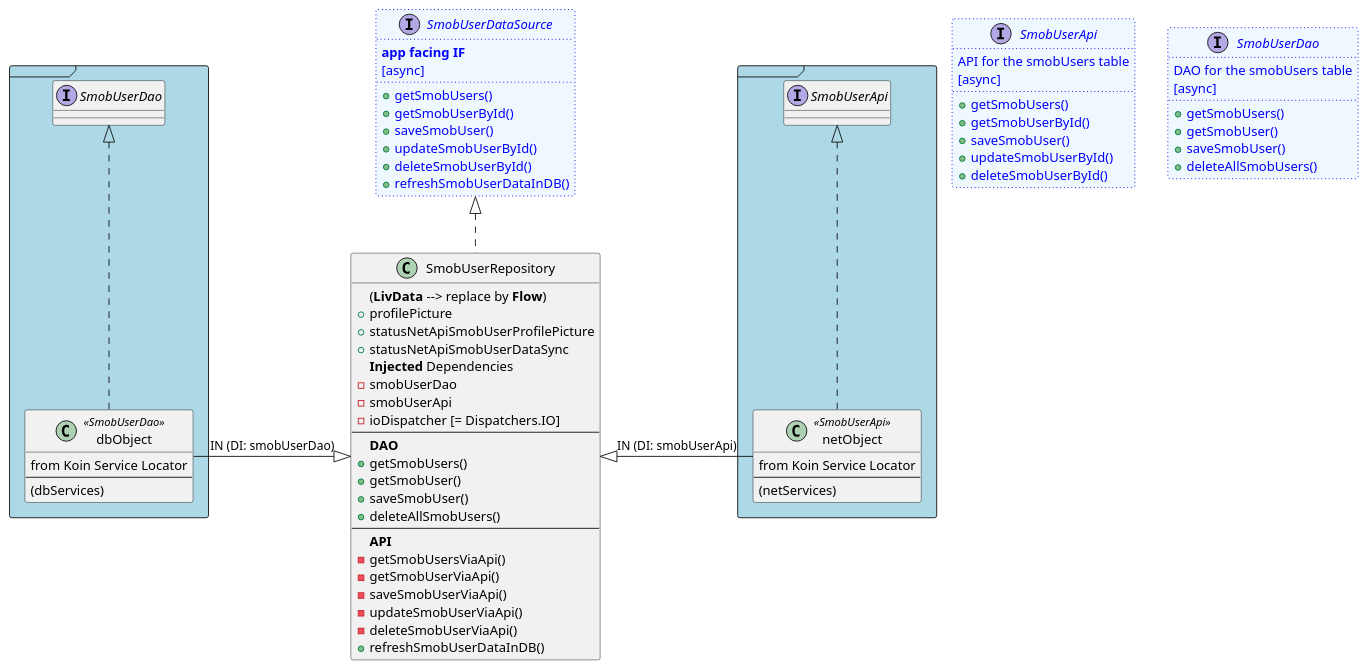
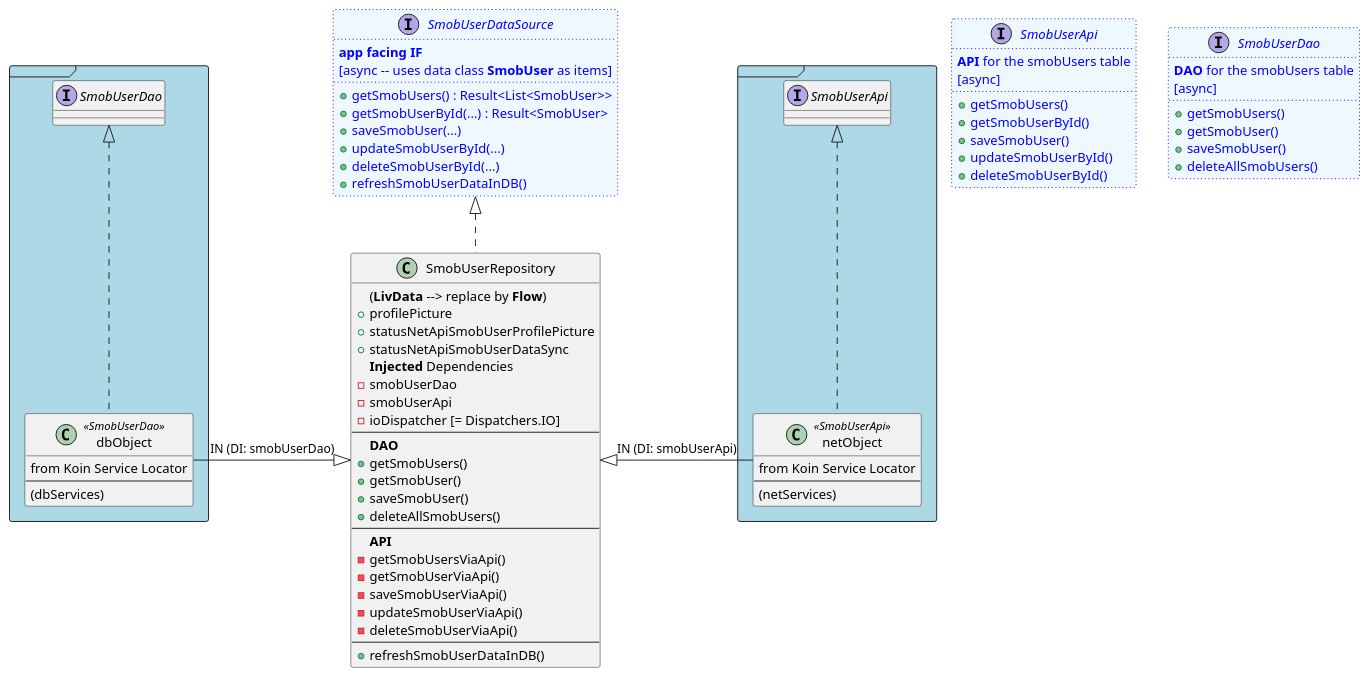
Before and after one commit to fwornle/ShopMob: the diagram in doc/puml/smobUserRepository.puml, drawn with PlantUML. The commit also changed 2 other files, not shown here.

Commit message:
Testing md file format for (almost) straight plantUML diagrams

```diff
--- a/doc/puml/smobUserRepository.puml
+++ b/doc/puml/smobUserRepository.puml
@@ -1,74 +1,75 @@
 @startuml
 class SmobUserRepository implements SmobUserDataSource {
   (**LivData** --> replace by **Flow**)
   +profilePicture
   +statusNetApiSmobUserProfilePicture
   +statusNetApiSmobUserDataSync
   **Injected** Dependencies
   -smobUserDao
   -smobUserApi
   -ioDispatcher [= Dispatchers.IO]
   ---
   **DAO**
   +getSmobUsers()
   +getSmobUser()
   +saveSmobUser()
   +deleteAllSmobUsers()
   ---
   **API**
   -getSmobUsersViaApi()
   -getSmobUserViaApi()
   -saveSmobUserViaApi()
   -updateSmobUserViaApi()
   -deleteSmobUserViaApi()
+  ---
   +refreshSmobUserDataInDB()
 }
 
 frame #Lightblue {
     class netObject <<SmobUserApi>> implements SmobUserApi {
         from Koin Service Locator
         ---
         (netServices)
     }
 }
 
 frame #Lightblue {
     class dbObject <<SmobUserDao>> implements SmobUserDao {
         from Koin Service Locator
         ---
         (dbServices)
     }
 }
 interface SmobUserApi #aliceblue;line:blue;line.dotted;text:blue {
-  API for the smobUsers table
+  **API** for the smobUsers table
   [async]
   +getSmobUsers()
   +getSmobUserById()
   +saveSmobUser()
   +updateSmobUserById()
   +deleteSmobUserById()
 }
 
 interface SmobUserDao #aliceblue;line:blue;line.dotted;text:blue {
-  DAO for the smobUsers table
+  **DAO** for the smobUsers table
   [async]
   +getSmobUsers()
   +getSmobUser()
   +saveSmobUser()
   +deleteAllSmobUsers()
 }
 
 interface SmobUserDataSource #aliceblue;line:blue;line.dotted;text:blue {
   **app facing IF**
-  [async]
-  +getSmobUsers()
-  +getSmobUserById()
-  +saveSmobUser()
-  +updateSmobUserById()
-  +deleteSmobUserById()
+  [async -- uses data class **SmobUser** as items]
+  +getSmobUsers() : Result<List<SmobUser>>
+  +getSmobUserById(...) : Result<SmobUser>
+  +saveSmobUser(...)
+  +updateSmobUserById(...)
+  +deleteSmobUserById(...)
   +refreshSmobUserDataInDB()
 }
 
 SmobUserRepository <|-left- dbObject : IN (DI: smobUserDao)
 SmobUserRepository <|-right- netObject : IN (DI: smobUserApi)
 @enduml
```
